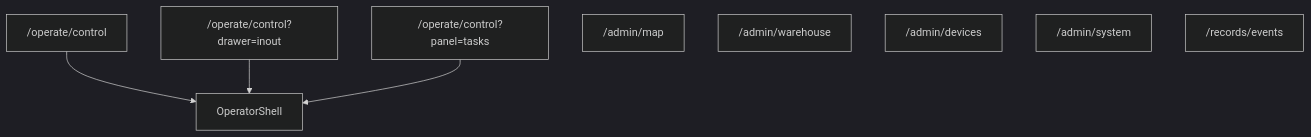
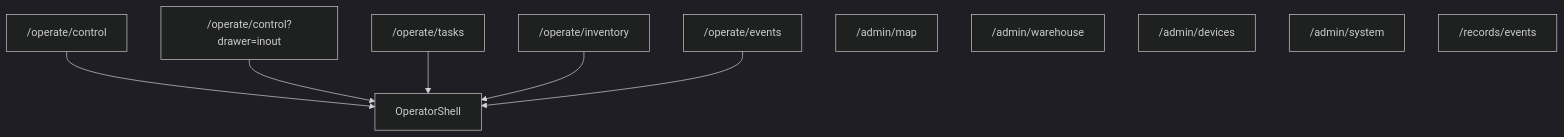
The third of 4 diagrams in main_server/docs/UX.md (eduwing-robotics/ros2-ai-amr-repo3), drawn with Mermaid (dark theme) before and after one commit. The commit also changed other lines of this file and 60 other files, not shown here.

````diff
--- a/main_server/docs/UX.md
+++ b/main_server/docs/UX.md
@@ -115,11 +142,13 @@
 ```mermaid
 flowchart TD
   OC["/operate/control"] --> Shell[OperatorShell]
   OI["/operate/control?drawer=inout"] --> Shell
-  OT["/operate/control?panel=tasks"] --> Shell
+  OT["/operate/tasks"] --> Shell
+  OV["/operate/inventory"] --> Shell
+  OE["/operate/events"] --> Shell
   AM["/admin/map"]
   AW["/admin/warehouse"]
   AD["/admin/devices"]
   AS["/admin/system"]
   RE["/records/events"]
 ```
````
